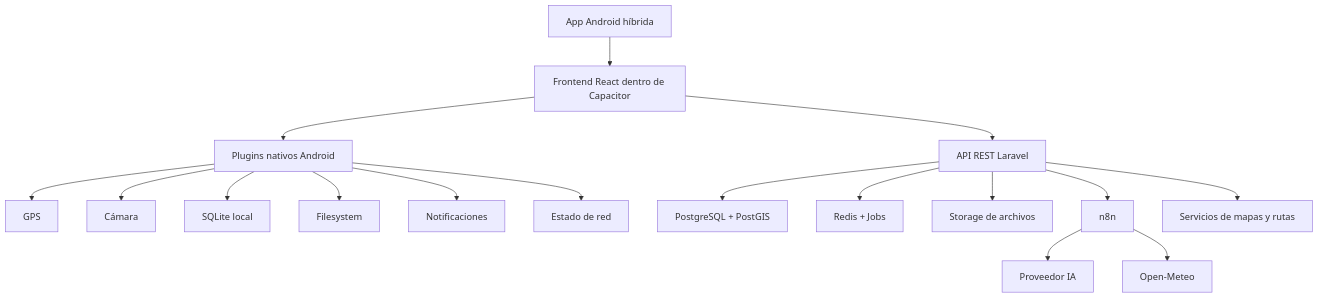
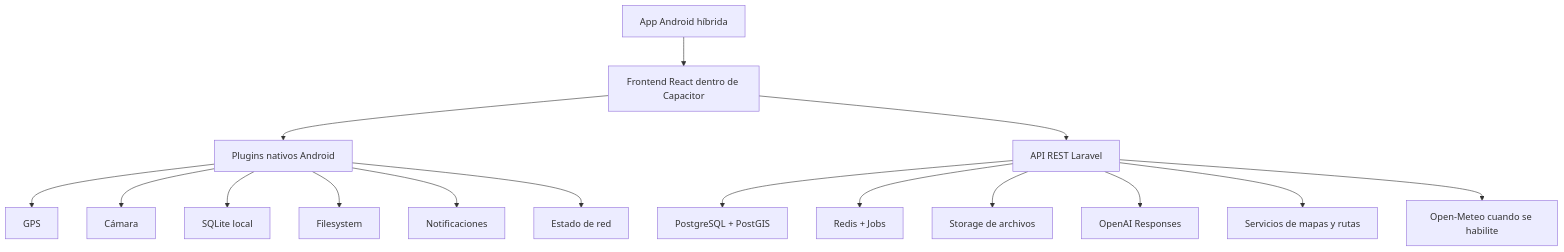
The diagram in README.md (Giossue/app-ciclismo-guaranda), drawn with Mermaid before and after one commit. The commit also changed other lines of this file and 31 other files, not shown here.

````diff
--- a/README.md
+++ b/README.md
@@ -122,22 +122,21 @@
 ```mermaid
 flowchart TD
     A[App Android híbrida] --> B[Frontend React dentro de Capacitor]
     B --> C[Plugins nativos Android]
     B --> D[API REST Laravel]
 
     C --> C1[GPS]
     C --> C2[Cámara]
     C --> C3[SQLite local]
     C --> C4[Filesystem]
     C --> C5[Notificaciones]
     C --> C6[Estado de red]
 
     D --> E[PostgreSQL + PostGIS]
     D --> F[Redis + Jobs]
     D --> G[Storage de archivos]
-    D --> H[n8n]
+    D --> H[OpenAI Responses]
     D --> I[Servicios de mapas y rutas]
 
-    H --> J[Proveedor IA]
-    H --> K[Open-Meteo]
+    D --> J[Open-Meteo cuando se habilite]
 ```
````
